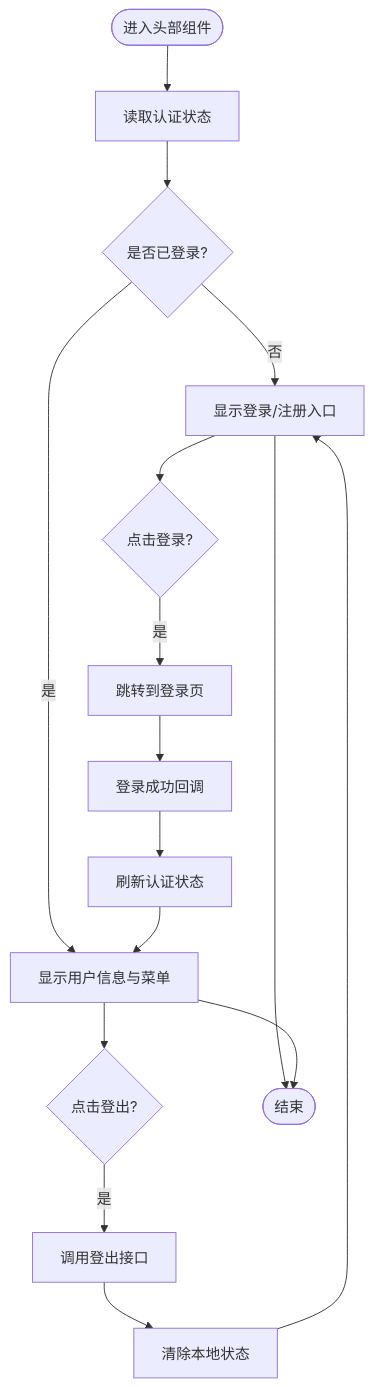
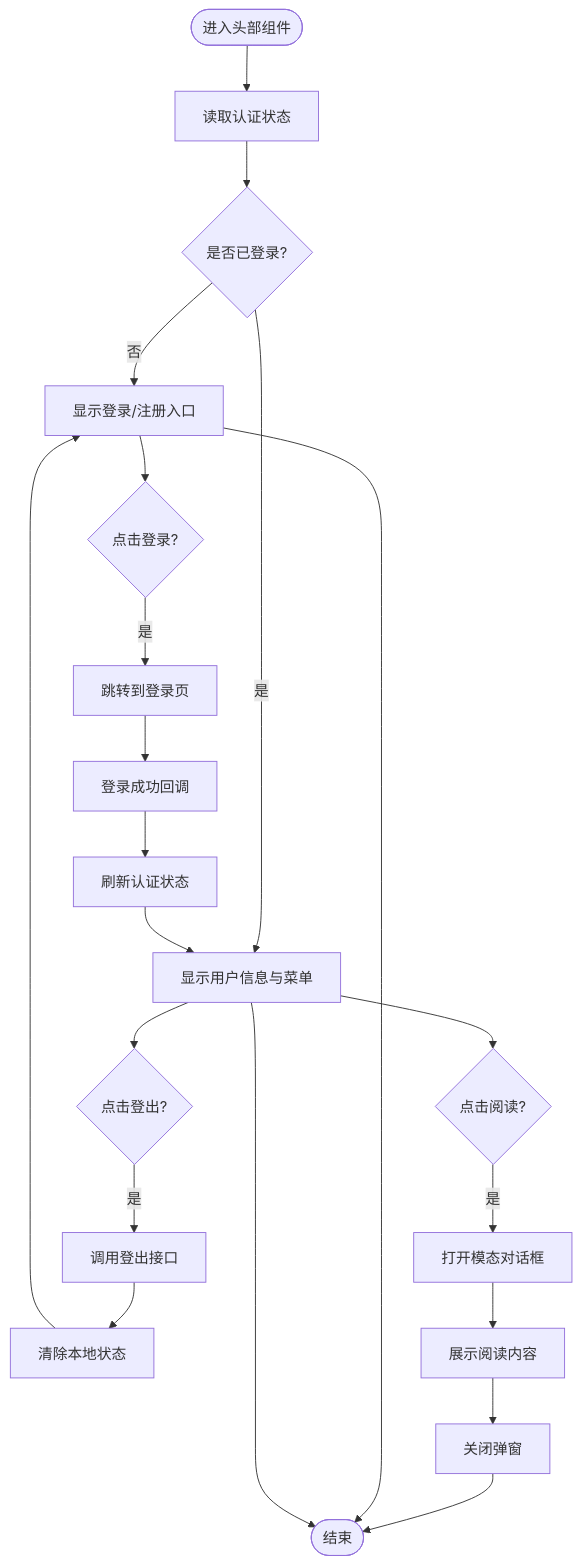
The third of 5 diagrams in .qoder/repowiki/zh/content/组件库/站点头部组件.md (wangzihao64/RAG_Front), drawn with Mermaid before and after one commit. The commit also changed other lines of this file and 29 other files, not shown here.

````diff
--- a/.qoder/repowiki/zh/content/组件库/站点头部组件.md
+++ b/.qoder/repowiki/zh/content/组件库/站点头部组件.md
@@ -148,18 +169,23 @@
 ```mermaid
 flowchart TD
 Start(["进入头部组件"]) --> CheckAuth["读取认证状态"]
 CheckAuth --> IsLoggedIn{"是否已登录?"}
 IsLoggedIn --> |否| ShowGuest["显示登录/注册入口"]
 IsLoggedIn --> |是| ShowUser["显示用户信息与菜单"]
 ShowGuest --> OnLoginClick{"点击登录?"}
 OnLoginClick --> |是| NavigateLogin["跳转到登录页"]
 NavigateLogin --> AfterLogin["登录成功回调"]
 AfterLogin --> Refresh["刷新认证状态"]
 Refresh --> ShowUser
 ShowUser --> OnLogoutClick{"点击登出?"}
 OnLogoutClick --> |是| Logout["调用登出接口"]
 Logout --> ClearState["清除本地状态"]
 ClearState --> ShowGuest
-ShowGuest --> End(["结束"])
+ShowUser --> OnReadClick{"点击阅读?"}
+OnReadClick --> |是| OpenModal["打开模态对话框"]
+OpenModal --> ShowContent["展示阅读内容"]
+ShowContent --> CloseModal["关闭弹窗"]
+CloseModal --> End(["结束"])
+ShowGuest --> End
 ShowUser --> End
 ```
````
